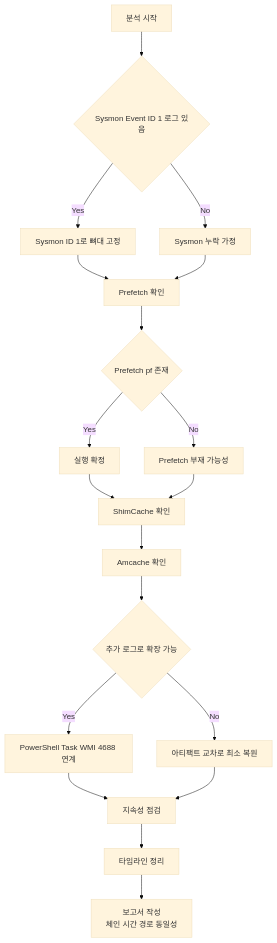
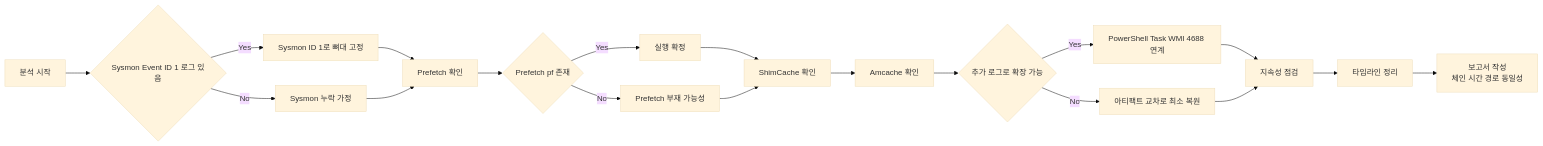
The diagram in content/ko/tech/shimcache_prefetch_comparison.md (qubitsec/blog), drawn with Mermaid (base theme) before and after one commit.

````diff
--- a/content/ko/tech/shimcache_prefetch_comparison.md
+++ b/content/ko/tech/shimcache_prefetch_comparison.md
@@ -40,29 +40,29 @@
 ```mermaid
-flowchart TD
+flowchart LR
   A[분석 시작] --> B{Sysmon Event ID 1 로그 있음}
 
   B -->|Yes| C[Sysmon ID 1로 뼈대 고정]
   B -->|No| C2[Sysmon 누락 가정]
 
   C --> D[Prefetch 확인]
   C2 --> D
 
   D --> E{Prefetch pf 존재}
   E -->|Yes| F[실행 확정]
   E -->|No| F2[Prefetch 부재 가능성]
 
   F --> G[ShimCache 확인]
   F2 --> G
 
   G --> H[Amcache 확인]
 
   H --> I{추가 로그로 확장 가능}
   I -->|Yes| J[PowerShell Task WMI 4688 연계]
   I -->|No| K[아티팩트 교차로 최소 복원]
 
   J --> L[지속성 점검]
   K --> L
 
   L --> M[타임라인 정리]
   M --> N[보고서 작성\n체인 시간 경로 동일성]
 ```
````
